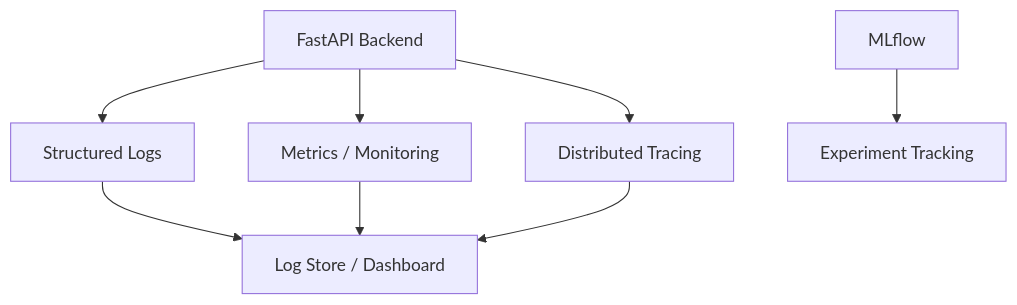
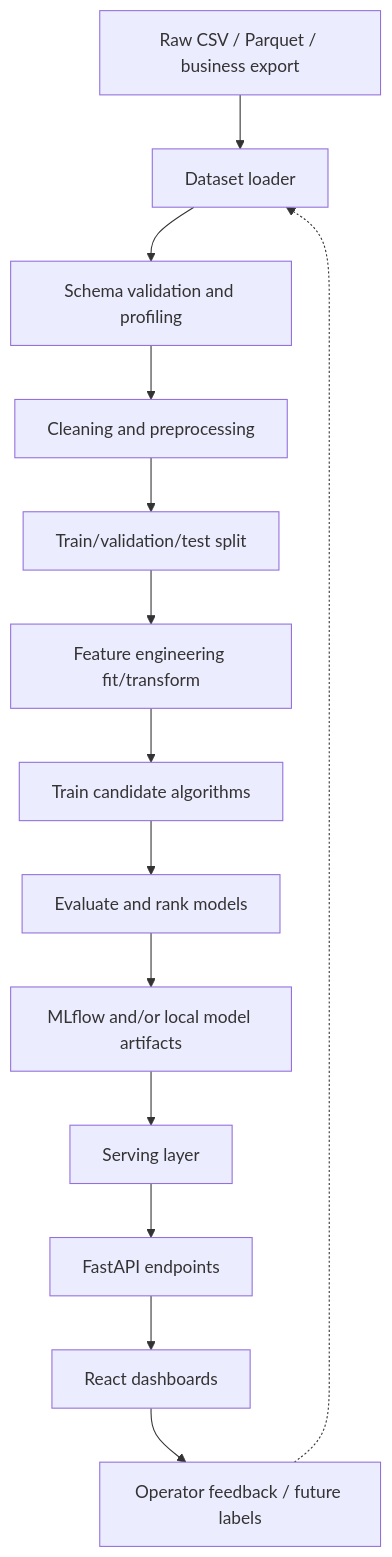
One commit to therabbitears/iitr-ai-smart-factory-command-center changed the sixth of 6 diagrams in architecture.md. Above: the diagram before and after it, drawn with Mermaid. The commit also changed other lines of this file and 3 other files, not shown here.

Commit message:
Diagrams and all

````diff
--- a/architecture.md
+++ b/architecture.md
@@ -178,10 +397,16 @@
 ```mermaid
 flowchart TD
-  Backend["FastAPI Backend"] --> Logs["Structured Logs"]
-  Backend --> Metrics["Metrics / Monitoring"]
-  Backend --> Traces["Distributed Tracing"]
-  MLflow["MLflow"] --> Experiments["Experiment Tracking"]
-  Logs --> Observability["Log Store / Dashboard"]
-  Metrics --> Observability
-  Traces --> Observability
+  Raw["Raw CSV / Parquet / business export"] --> Load["Dataset loader"]
+  Load --> Validate["Schema validation and profiling"]
+  Validate --> Clean["Cleaning and preprocessing"]
+  Clean --> Split["Train/validation/test split"]
+  Split --> Features["Feature engineering fit/transform"]
+  Features --> Train["Train candidate algorithms"]
+  Train --> Eval["Evaluate and rank models"]
+  Eval --> Store["MLflow and/or local model artifacts"]
+  Store --> Serve["Serving layer"]
+  Serve --> API["FastAPI endpoints"]
+  API --> UI["React dashboards"]
+  UI --> Feedback["Operator feedback / future labels"]
+  Feedback -.-> Load
 ```
````
